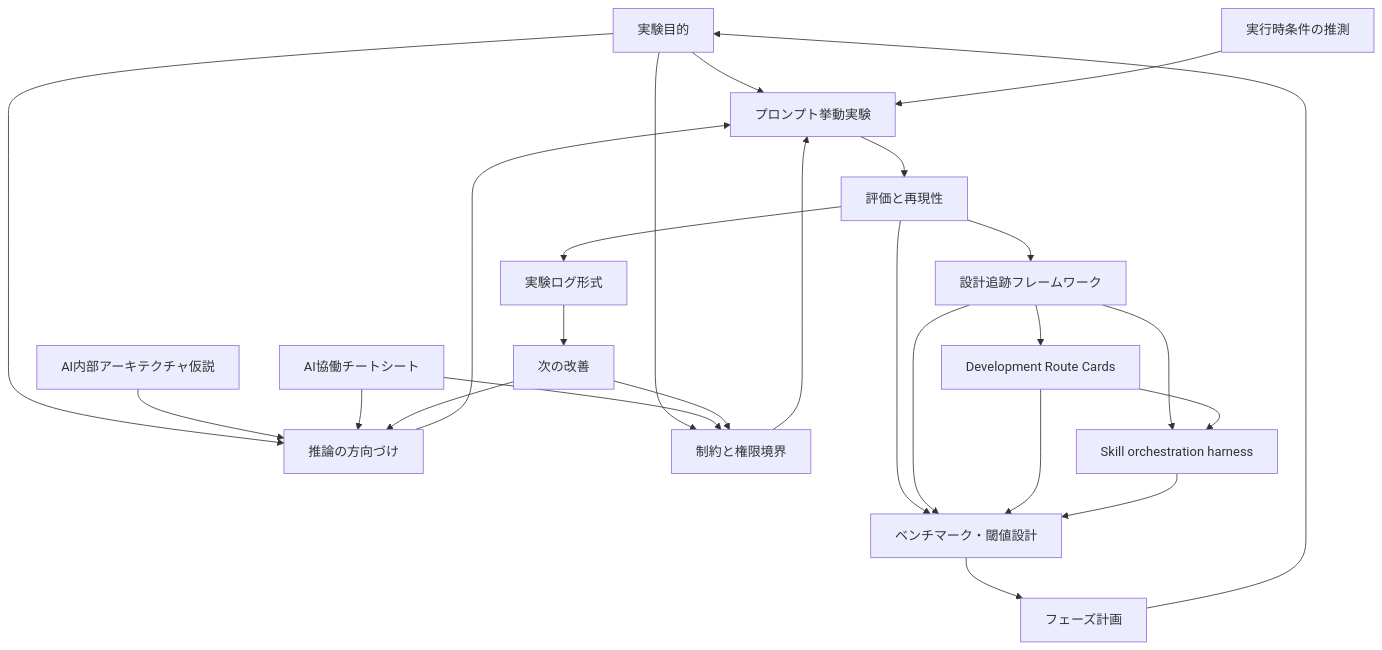
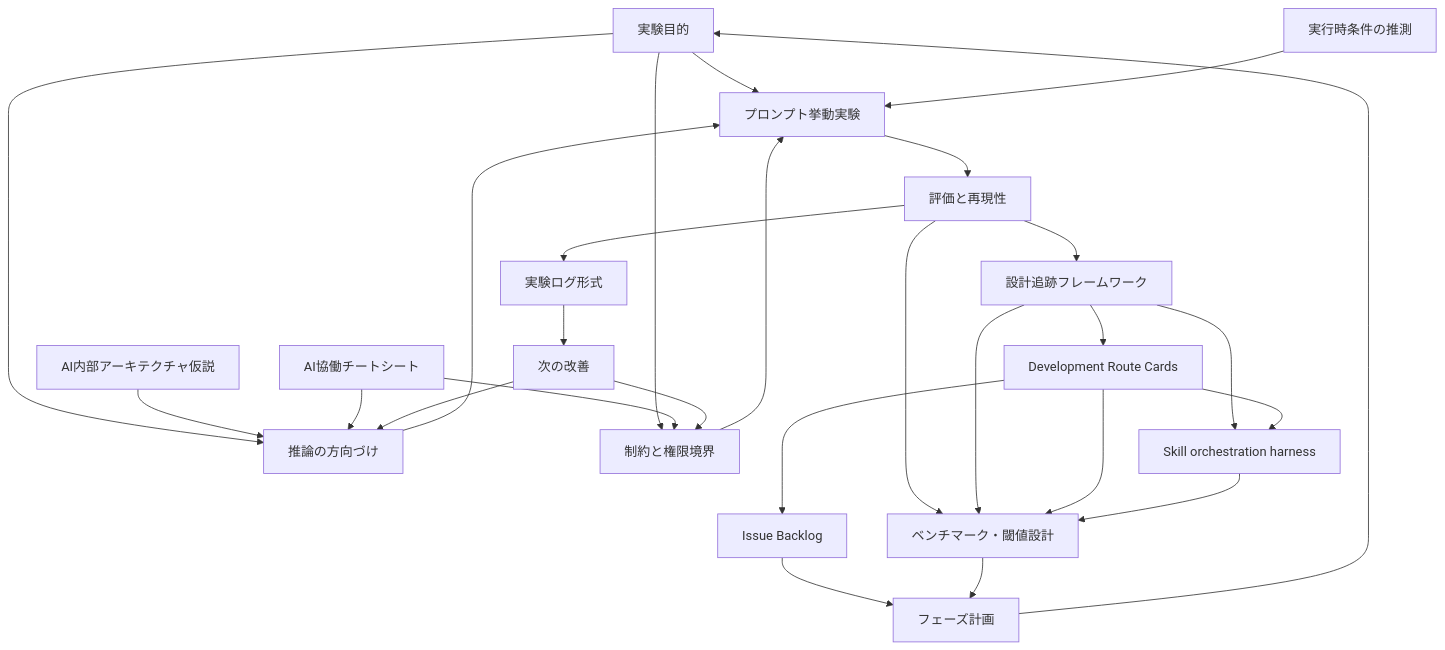
The diagram in internal_refs/ai_experiment_scopes/README.md (schro-cat-dev/torisetsu), drawn with Mermaid before and after one commit. The commit also changed other lines of this file and 14 other files, not shown here.

````diff
--- a/internal_refs/ai_experiment_scopes/README.md
+++ b/internal_refs/ai_experiment_scopes/README.md
@@ -29,29 +30,31 @@
 ```mermaid
 flowchart TD
   Goal["実験目的"] --> Prompt["プロンプト挙動実験"]
   Goal --> Direction["推論の方向づけ"]
   Goal --> Constraint["制約と権限境界"]
 
   Runtime["実行時条件の推測"] --> Prompt
   Direction --> Prompt
   Constraint --> Prompt
   Architecture["AI内部アーキテクチャ仮説"] --> Direction
   Collaboration["AI協働チートシート"] --> Direction
   Collaboration --> Constraint
 
   Prompt --> Evaluation["評価と再現性"]
   Evaluation --> Benchmark["ベンチマーク・閾値設計"]
   Evaluation --> Traceability["設計追跡フレームワーク"]
   Traceability --> SkillHarness["Skill orchestration harness"]
   Traceability --> DevRoutes["Development Route Cards"]
   Traceability --> Benchmark
   DevRoutes --> SkillHarness
   DevRoutes --> Benchmark
+  DevRoutes --> IssueBacklog["Issue Backlog"]
+  IssueBacklog --> Phase
   SkillHarness --> Benchmark
   Benchmark --> Phase["フェーズ計画"]
   Evaluation --> Log["実験ログ形式"]
   Log --> Next["次の改善"]
   Phase["フェーズ計画"] --> Goal
   Next --> Direction
   Next --> Constraint
 ```
````
